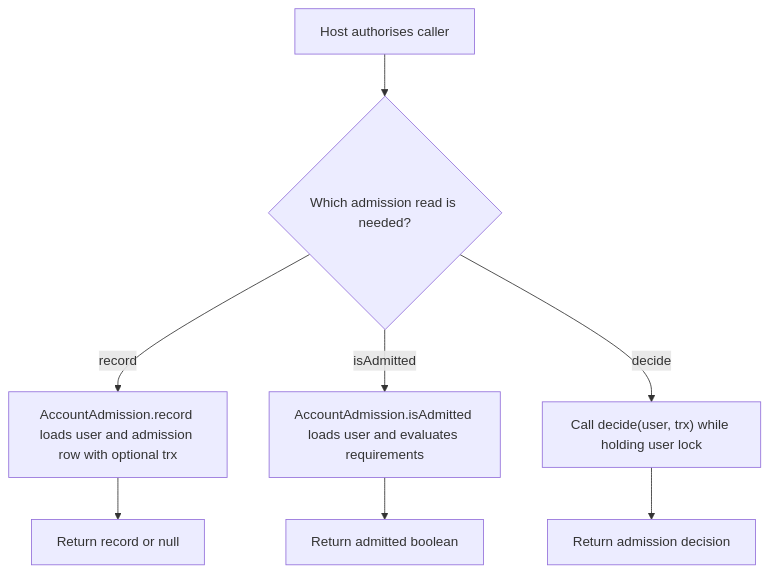
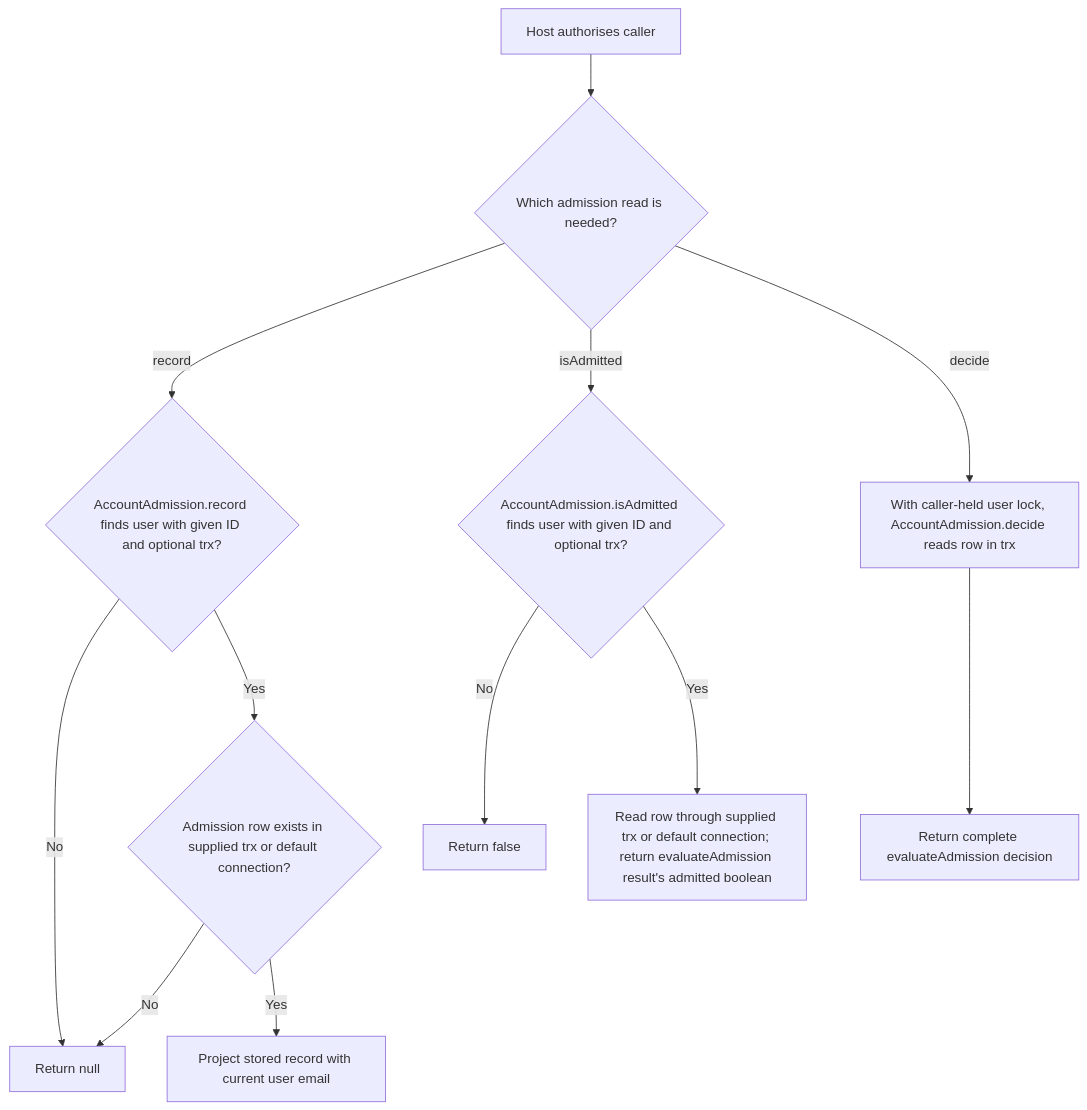
The second of 2 diagrams in user-stories/US-ACCOUNT-57-check-admission-record.md (Kevinjohn/oss-adonisjs-account-kit), drawn with Mermaid before and after one commit. The commit also changed other lines of this file and 70 other files, not shown here.

Commit message:
Refresh the Account Kit user story catalogue for 0.6.0

````diff
--- a/user-stories/US-ACCOUNT-57-check-admission-record.md
+++ b/user-stories/US-ACCOUNT-57-check-admission-record.md
@@ -33,10 +34,14 @@
 ```mermaid
 flowchart TD
  A["Host authorises caller"] --> B{"Which admission read is needed?"}
- B -->|record| C["AccountAdmission.record loads user and admission row with optional trx"]
- B -->|isAdmitted| D["AccountAdmission.isAdmitted loads user and evaluates requirements"]
- B -->|decide| E["Call decide(user, trx) while holding user lock"]
- C --> F["Return record or null"]
- D --> G["Return admitted boolean"]
- E --> H["Return admission decision"]
+ B -->|record| C{"AccountAdmission.record finds user with given ID and optional trx?"}
+ C -->|No| F["Return null"]
+ C -->|Yes| L{"Admission row exists in supplied trx or default connection?"}
+ L -->|No| F
+ L -->|Yes| M["Project stored record with current user email"]
+ B -->|isAdmitted| D{"AccountAdmission.isAdmitted finds user with given ID and optional trx?"}
+ D -->|No| G["Return false"]
+ D -->|Yes| J["Read row through supplied trx or default connection; return evaluateAdmission result's admitted boolean"]
+ B -->|decide| E["With caller-held user lock, AccountAdmission.decide reads row in trx"]
+ E --> H["Return complete evaluateAdmission decision"]
 ```
````
